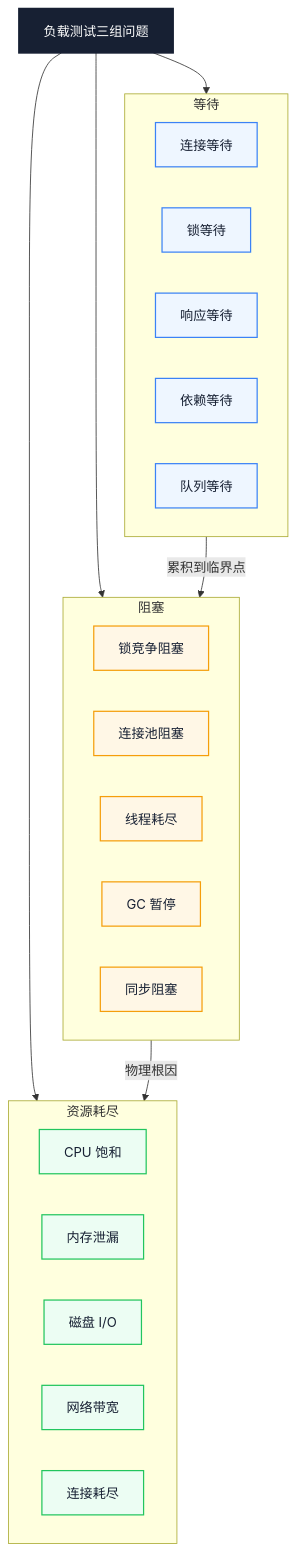
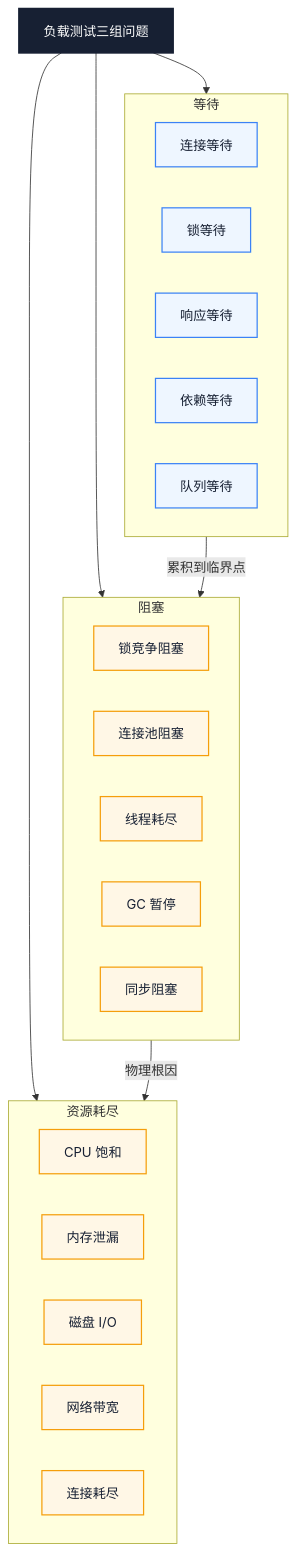
Before and after one commit to Fatejian/frontier-vault: the second of 4 diagrams in docs/testing/load-testing-practice.md, drawn with Mermaid. The commit also changed other lines of this file and 41 other files, not shown here.

````diff
--- a/docs/testing/load-testing-practice.md
+++ b/docs/testing/load-testing-practice.md
@@ -171,46 +152,43 @@
 ```mermaid
-%%{init: {'theme': 'base', 'themeVariables': { 'fontFamily': 'Inter, PingFang SC, Microsoft YaHei, sans-serif', 'primaryColor': '#F8FAFC', 'primaryTextColor': '#172033', 'primaryBorderColor': '#CBD5E1', 'lineColor': '#64748B, 'fontSize': '13px'}}}%%
 flowchart TB
     Core[负载测试三组问题]
 
     subgraph Wait[等待]
         W1[连接等待]
         W2[锁等待]
         W3[响应等待]
         W4[依赖等待]
         W5[队列等待]
     end
 
     subgraph Block[阻塞]
         B1[锁竞争阻塞]
         B2[连接池阻塞]
         B3[线程耗尽]
         B4[GC 暂停]
         B5[同步阻塞]
     end
 
     subgraph Exhaust[资源耗尽]
         E1[CPU 饱和]
         E2[内存泄漏]
         E3[磁盘 I/O]
         E4[网络带宽]
         E5[连接耗尽]
     end
 
     Core --> Wait
     Core --> Block
     Core --> Exhaust
 
     Wait -->|累积到临界点| Block
     Block -->|物理根因| Exhaust
 
     classDef core fill:#172033,color:#fff,stroke:#172033,stroke-width:2px;
     classDef wait fill:#EEF6FF,stroke:#3B82F6,color:#172033,stroke-width:1.5px;
     classDef block fill:#FFF7E6,stroke:#F59E0B,color:#172033,stroke-width:1.5px;
-    classDef exhaust fill:#ECFDF3,stroke:#22C55E,color:#172033,stroke-width:1.5px;
 
     class Core core;
     class W1,W2,W3,W4,W5 wait;
-    class B1,B2,B3,B4,B5 block;
-    class E1,E2,E3,E4,E5 exhaust;
+    class B1,B2,B3,B4,B5,E1,E2,E3,E4,E5 block;
 ```
````
